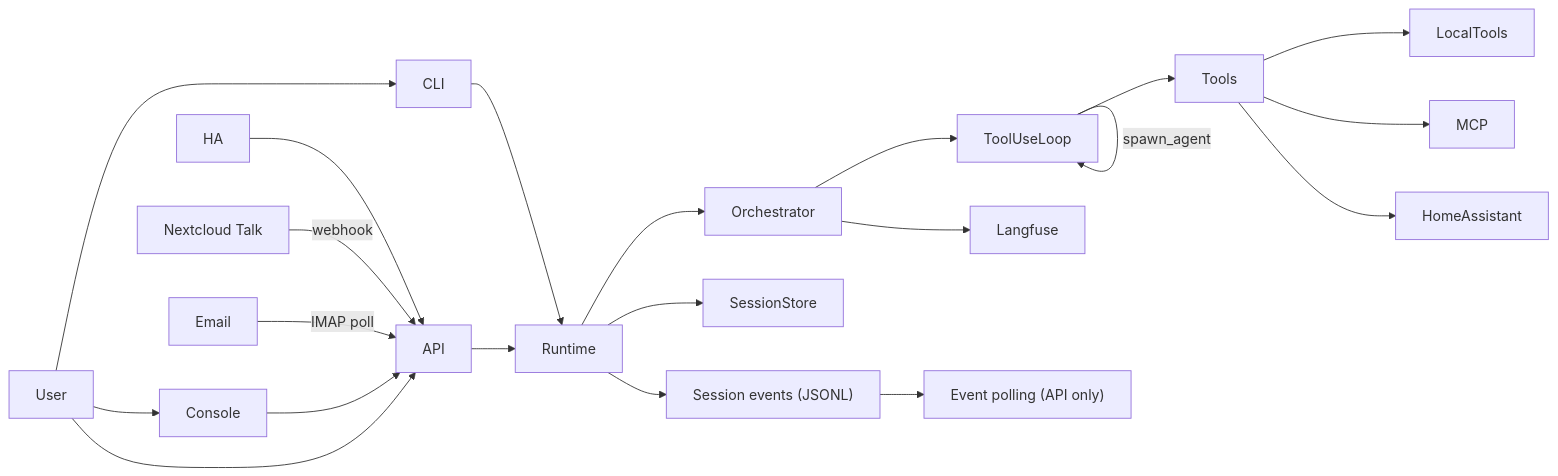
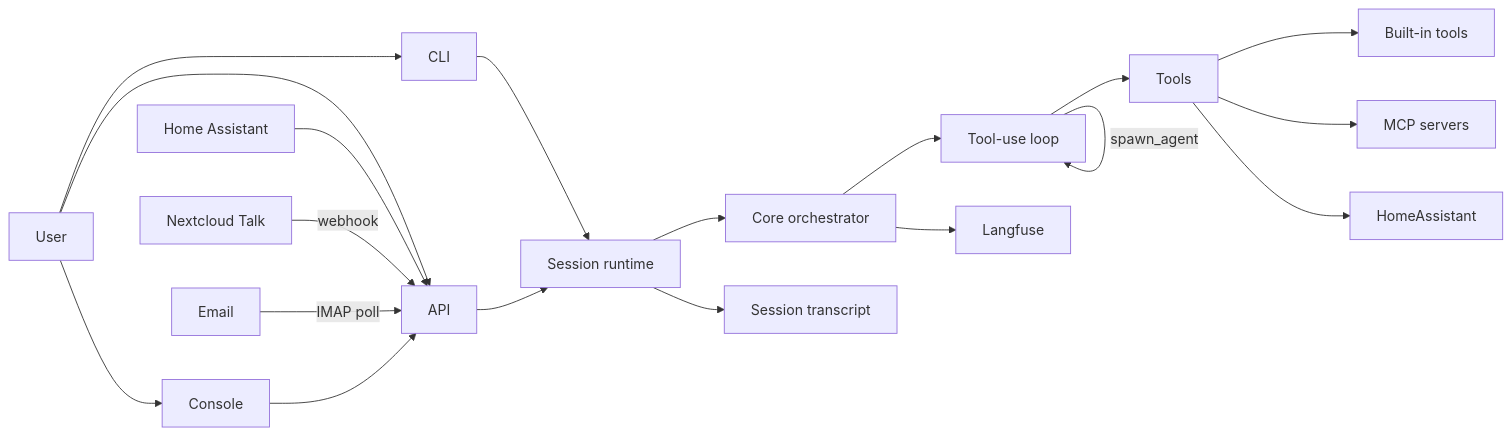
Before and after one commit to bearlike/Assistant: the diagram in docs/index.md, drawn with Mermaid. The commit also changed other lines of this file and 225 other files, not shown here.

````diff
--- a/docs/index.md
+++ b/docs/index.md
@@ -72,23 +98,21 @@
 ```mermaid
 flowchart LR
   User --> CLI
   User --> Console
   User --> API
-  HA --> API
-  NCTalk["Nextcloud Talk"] -->|"webhook"| API
-  Email["Email"] -->|"IMAP poll"| API
-  CLI --> Runtime
+  HA["Home Assistant"] --> API
+  NCTalk["Nextcloud Talk"] -->|webhook| API
+  Email -->|IMAP poll| API
+  CLI --> Runtime[Session runtime]
   Console --> API
   API --> Runtime
-  Runtime --> Orchestrator
-  Runtime --> SessionStore
-  Orchestrator --> ToolUseLoop
-  ToolUseLoop --> Tools
-  ToolUseLoop -->|"spawn_agent"| ToolUseLoop
-  Tools --> LocalTools
-  Tools --> MCP
+  Runtime --> Orchestrator[Core orchestrator]
+  Orchestrator --> Loop[Tool-use loop]
+  Loop --> Tools
+  Loop -->|spawn_agent| Loop
+  Tools --> LocalTools[Built-in tools]
+  Tools --> MCP[MCP servers]
   Tools --> HomeAssistant
-  Runtime --> Events["Session events (JSONL)"]
-  Events --> Polling["Event polling (API only)"]
+  Runtime --> Events[Session transcript]
   Orchestrator --> Langfuse
 ```
````
